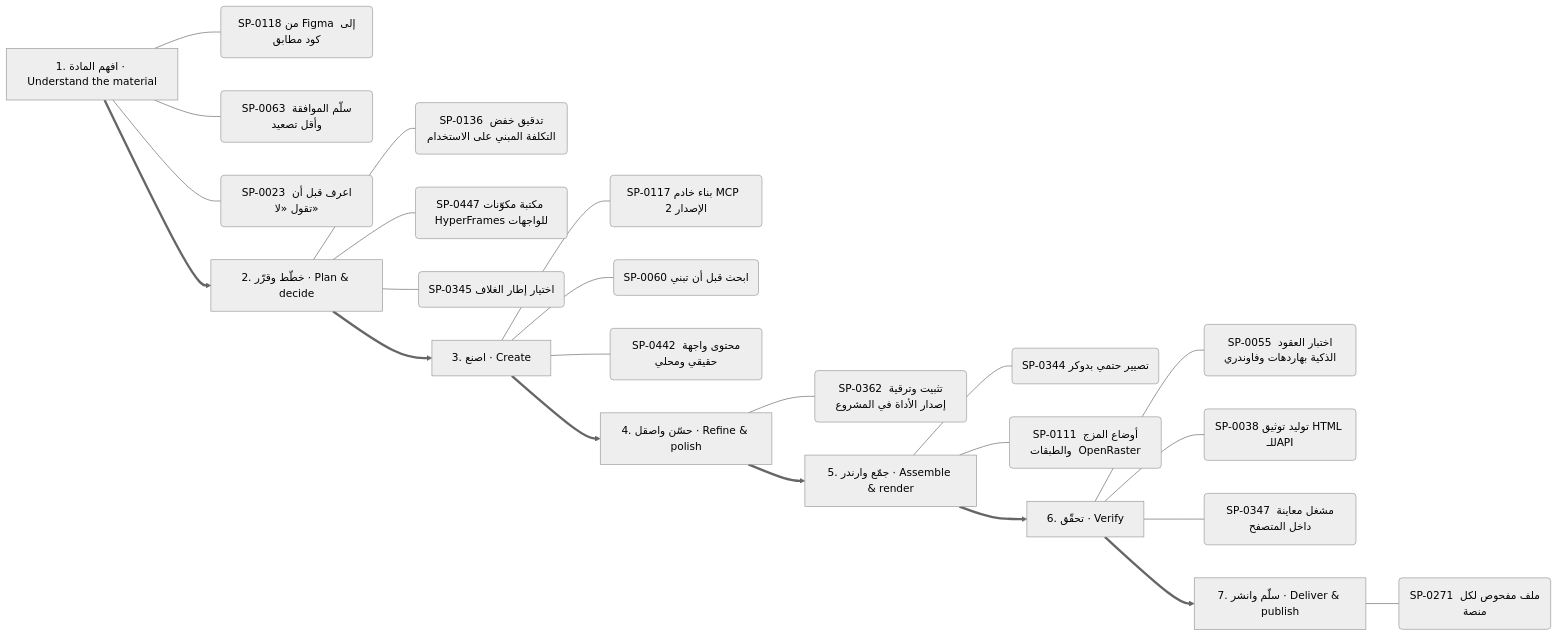
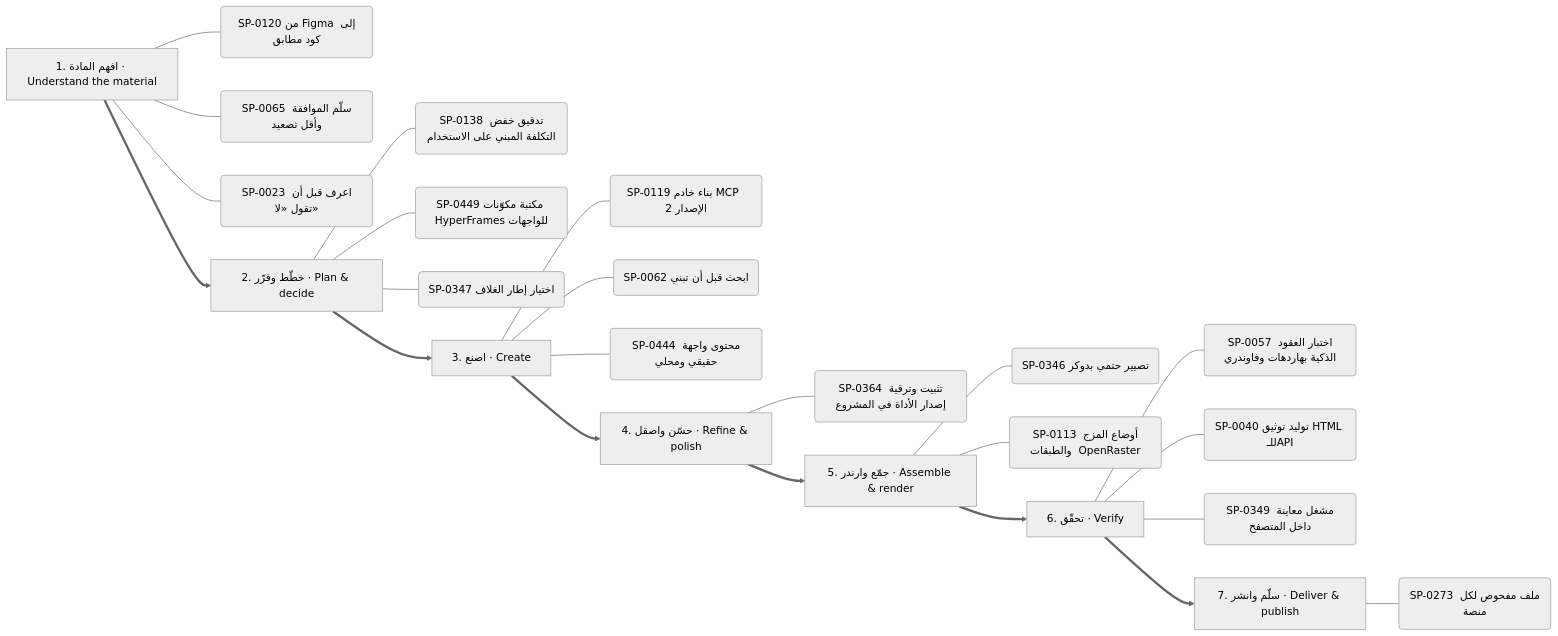
Before and after one commit to kosif199022-jpg/kosif-tool: the ninth of 13 diagrams in .claude/skills/kosif-superpowers/references/capability-mindmap.md, drawn with Mermaid (neutral theme). The commit also changed other lines of this file and 65 other files, not shown here.

````diff
--- a/.claude/skills/kosif-superpowers/references/capability-mindmap.md
+++ b/.claude/skills/kosif-superpowers/references/capability-mindmap.md
@@ -455,32 +455,32 @@
 ```mermaid
 flowchart LR
   S0["1. افهم المادة · Understand the material"]
-  S0 --- S0_0("SP-0118 من Figma إلى كود مطابق")
-  S0 --- S0_1("SP-0063 سلّم الموافقة وأقل تصعيد")
+  S0 --- S0_0("SP-0120 من Figma إلى كود مطابق")
+  S0 --- S0_1("SP-0065 سلّم الموافقة وأقل تصعيد")
   S0 --- S0_2("SP-0023 اعرف قبل أن تقول «لا»")
   S1["2. خطّط وقرّر · Plan & decide"]
-  S1 --- S1_0("SP-0136 تدقيق خفض التكلفة المبني على الاستخدام")
-  S1 --- S1_1("SP-0447 مكتبة مكوّنات HyperFrames للواجهات")
-  S1 --- S1_2("SP-0345 اختيار إطار الغلاف")
+  S1 --- S1_0("SP-0138 تدقيق خفض التكلفة المبني على الاستخدام")
+  S1 --- S1_1("SP-0449 مكتبة مكوّنات HyperFrames للواجهات")
+  S1 --- S1_2("SP-0347 اختيار إطار الغلاف")
   S0 ==> S1
   S2["3. اصنع · Create"]
-  S2 --- S2_0("SP-0117 بناء خادم MCP  الإصدار 2 ")
-  S2 --- S2_1("SP-0060 ابحث قبل أن تبني")
-  S2 --- S2_2("SP-0442 محتوى واجهة حقيقي ومحلي")
+  S2 --- S2_0("SP-0119 بناء خادم MCP  الإصدار 2 ")
+  S2 --- S2_1("SP-0062 ابحث قبل أن تبني")
+  S2 --- S2_2("SP-0444 محتوى واجهة حقيقي ومحلي")
   S1 ==> S2
   S3["4. حسّن واصقل · Refine & polish"]
-  S3 --- S3_0("SP-0362 تثبيت وترقية إصدار الأداة في المشروع")
+  S3 --- S3_0("SP-0364 تثبيت وترقية إصدار الأداة في المشروع")
   S2 ==> S3
   S4["5. جمّع وارندر · Assemble & render"]
-  S4 --- S4_0("SP-0344 تصيير حتمي بدوكر")
-  S4 --- S4_1("SP-0111 أوضاع المزج والطبقات  OpenRaster ")
+  S4 --- S4_0("SP-0346 تصيير حتمي بدوكر")
+  S4 --- S4_1("SP-0113 أوضاع المزج والطبقات  OpenRaster ")
   S3 ==> S4
   S5["6. تحقّق · Verify"]
-  S5 --- S5_0("SP-0055 اختبار العقود الذكية بهاردهات وفاوندري")
-  S5 --- S5_1("SP-0038 توليد توثيق HTML للـAPI")
-  S5 --- S5_2("SP-0347 مشغل معاينة داخل المتصفح")
+  S5 --- S5_0("SP-0057 اختبار العقود الذكية بهاردهات وفاوندري")
+  S5 --- S5_1("SP-0040 توليد توثيق HTML للـAPI")
+  S5 --- S5_2("SP-0349 مشغل معاينة داخل المتصفح")
   S4 ==> S5
   S6["7. سلّم وانشر · Deliver & publish"]
-  S6 --- S6_0("SP-0271 ملف مفحوص لكل منصة")
+  S6 --- S6_0("SP-0273 ملف مفحوص لكل منصة")
   S5 ==> S6
 ```
````
